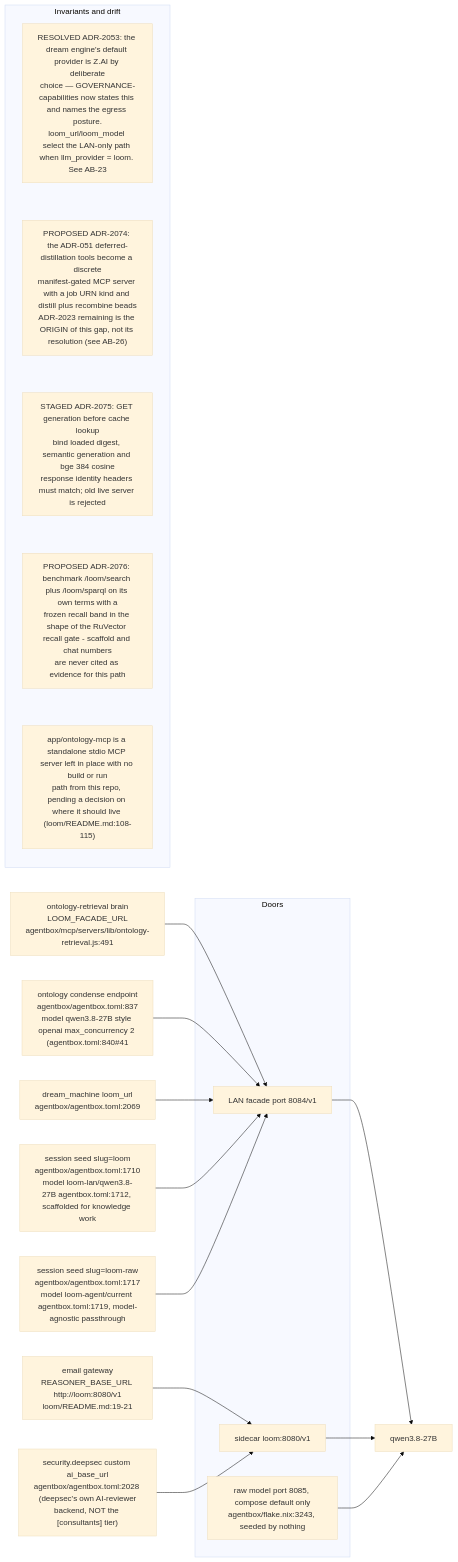
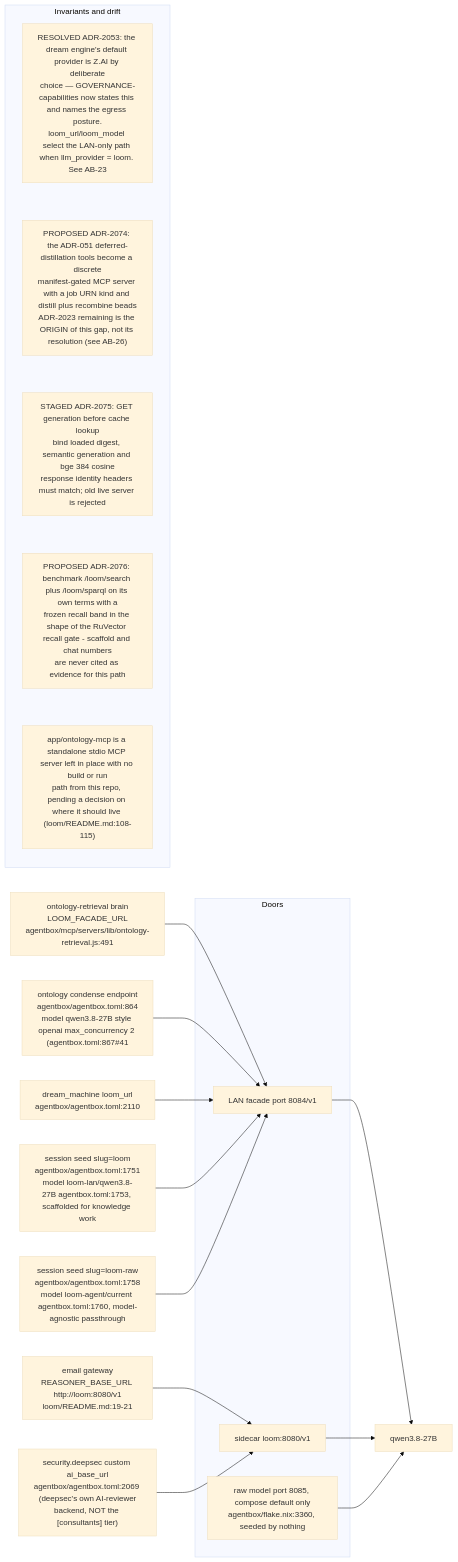
The eighth of 12 diagrams in docs/diagrams/agentbox/24-loom-facade.md (DreamLab-AI/VisionFlow), drawn with Mermaid (base theme) before and after one commit. The commit also changed other lines of this file and 94 other files, not shown here.

First line of the commit message:
docs(diagrams): re-verify 130 topics against 2 October HEADs

````diff
--- a/docs/diagrams/agentbox/24-loom-facade.md
+++ b/docs/diagrams/agentbox/24-loom-facade.md
@@ -305,27 +312,27 @@
 ```mermaid
 flowchart LR
     subgraph doors["Doors"]
         D84["LAN facade port 8084/v1"]
         D80["sidecar loom:8080/v1"]
-        D85["raw model port 8085, compose default only<br/>agentbox/flake.nix:3243, seeded by nothing"]
+        D85["raw model port 8085, compose default only<br/>agentbox/flake.nix:3360, seeded by nothing"]
     end
     RET["ontology-retrieval brain<br/>LOOM_FACADE_URL<br/>agentbox/mcp/servers/lib/ontology-retrieval.js:491"] --> D84
-    COND["ontology condense endpoint<br/>agentbox/agentbox.toml:837<br/>model qwen3.8-27B style openai max_concurrency 2 #40;agentbox.toml:840#41;"] --> D84
-    DREAM["dream_machine loom_url<br/>agentbox/agentbox.toml:2069"] --> D84
-    SEEDL["session seed slug=loom<br/>agentbox/agentbox.toml:1710<br/>model loom-lan/qwen3.8-27B agentbox.toml:1712, scaffolded for knowledge work"] --> D84
-    SEEDR["session seed slug=loom-raw<br/>agentbox/agentbox.toml:1717<br/>model loom-agent/current agentbox.toml:1719, model-agnostic passthrough"] --> D84
+    COND["ontology condense endpoint<br/>agentbox/agentbox.toml:864<br/>model qwen3.8-27B style openai max_concurrency 2 #40;agentbox.toml:867#41;"] --> D84
+    DREAM["dream_machine loom_url<br/>agentbox/agentbox.toml:2110"] --> D84
+    SEEDL["session seed slug=loom<br/>agentbox/agentbox.toml:1751<br/>model loom-lan/qwen3.8-27B agentbox.toml:1753, scaffolded for knowledge work"] --> D84
+    SEEDR["session seed slug=loom-raw<br/>agentbox/agentbox.toml:1758<br/>model loom-agent/current agentbox.toml:1760, model-agnostic passthrough"] --> D84
     EMAIL["email gateway<br/>REASONER_BASE_URL http://loom:8080/v1<br/>loom/README.md:19-21"] --> D80
-    CUST["security.deepsec custom ai_base_url<br/>agentbox/agentbox.toml:2028 #40;deepsec#39;s own AI-reviewer<br/>backend, NOT the #91;consultants#93; tier#41;"] --> D80
+    CUST["security.deepsec custom ai_base_url<br/>agentbox/agentbox.toml:2069 #40;deepsec#39;s own AI-reviewer<br/>backend, NOT the #91;consultants#93; tier#41;"] --> D80
     D84 --> M["qwen3.8-27B"]
     D80 --> M
     D85 --> M
     subgraph notes["Invariants and drift"]
         direction TB
         N1["RESOLVED ADR-2053: the dream engine's default provider is Z.AI by deliberate<br/>choice — GOVERNANCE-capabilities now states this and names the egress posture.<br/>loom_url/loom_model select the LAN-only path when llm_provider = loom. See AB-23"]
         N2["PROPOSED ADR-2074: the ADR-051 deferred-distillation tools become a discrete<br/>manifest-gated MCP server with a job URN kind and distill plus recombine beads<br/>ADR-2023 remaining is the ORIGIN of this gap, not its resolution (see AB-26)"]
         N3["STAGED ADR-2075: GET generation before cache lookup<br/>bind loaded digest, semantic generation and bge 384 cosine<br/>response identity headers must match; old live server is rejected"]
         N4["PROPOSED ADR-2076: benchmark /loom/search plus /loom/sparql on its own terms with a<br/>frozen recall band in the shape of the RuVector recall gate - scaffold and chat numbers<br/>are never cited as evidence for this path"]
         N5["app/ontology-mcp is a standalone stdio MCP server left in place with no build or run<br/>path from this repo, pending a decision on where it should live (loom/README.md:108-115)"]
         N1 ~~~ N2 ~~~ N3 ~~~ N4 ~~~ N5
     end
 ```
````
